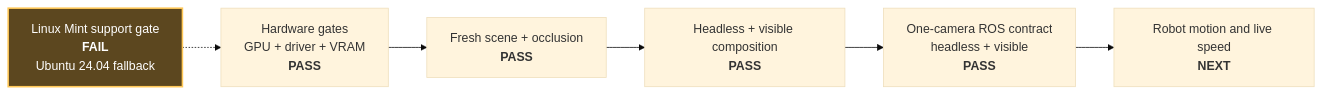
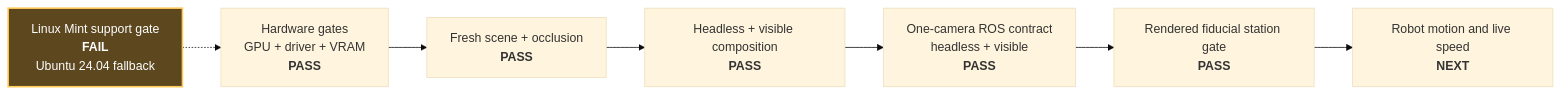
Before and after one commit to alexandergmzx/corridor-twin: the diagram in docs/ACTIVATION.md, drawn with Mermaid (base theme). The commit also changed other lines of this file and 10 other files, not shown here.

Commit message:
docs: record static rendered-fiducial qualification

````diff
--- a/docs/ACTIVATION.md
+++ b/docs/ACTIVATION.md
@@ -89,10 +128,11 @@
 ```mermaid
 flowchart LR
     HW["Hardware gates<br/>GPU + driver + VRAM<br/><b>PASS</b>"] --> Scene["Fresh scene + occlusion<br/><b>PASS</b>"]
     Scene --> Smoke["Headless + visible composition<br/><b>PASS</b>"]
     Smoke --> Camera["One-camera ROS contract<br/>headless + visible<br/><b>PASS</b>"]
-    Camera --> Motion["Robot motion and live speed<br/><b>NEXT</b>"]
+    Camera --> Static["Rendered fiducial station gate<br/><b>PASS</b>"]
+    Static --> Motion["Robot motion and live speed<br/><b>NEXT</b>"]
     OS["Linux Mint support gate<br/><b>FAIL</b><br/>Ubuntu 24.04 fallback"]:::conditional -.-> HW
 
     classDef conditional fill:#5c471f,color:#ffffff,stroke:#ffc857,stroke-width:2px;
 ```
````
